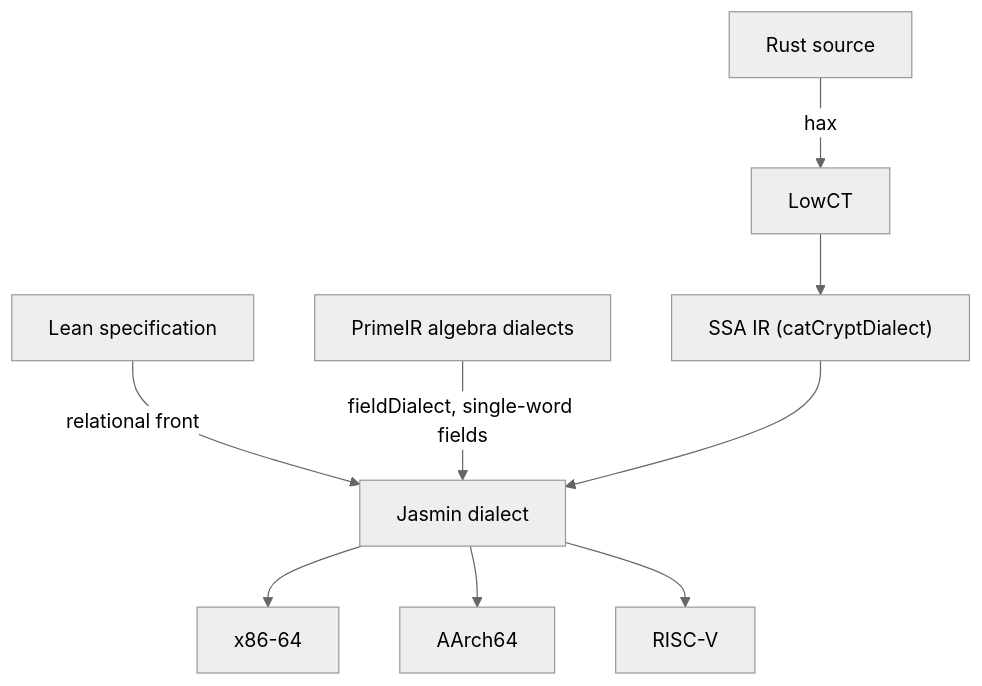
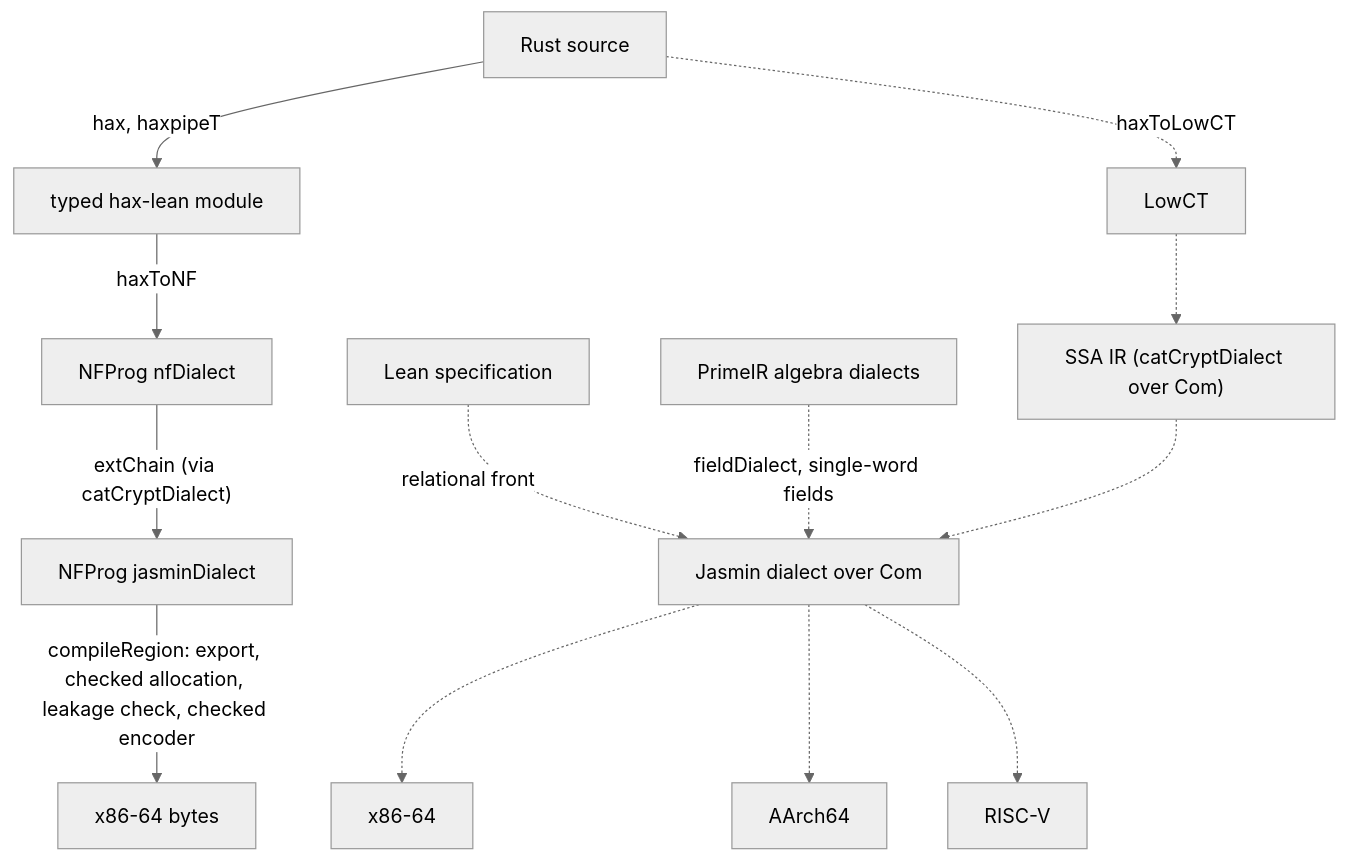
One commit to spitters/catcrypt-compiler changed the diagram in README.md. Above: the diagram before and after it, drawn with Mermaid (neutral theme). The commit also changed other lines of this file and 2 other files, not shown here.

Commit message:
PIPELINE.md: the compile line of haxc with the check and theorem of each stage; README architecture diagram shows compileA beside the dialect tower; CORRECTNESS.md extChain row lists every step [no-golf]

````diff
--- a/README.md
+++ b/README.md
@@ -179,11 +185,15 @@
 ```mermaid
 flowchart TD
-    RUST["Rust source"] -->|hax| LOWCT["LowCT"]
-    SPEC["Lean specification"] -->|relational front| JAS
-    LOWCT --> IR["SSA IR (catCryptDialect)"]
-    ALG["PrimeIR algebra dialects"] -->|fieldDialect, single-word fields| JAS
-    IR --> JAS["Jasmin dialect"]
-    JAS --> X86["x86-64"]
-    JAS --> ARM["AArch64"]
-    JAS --> RV["RISC-V"]
+    RUST["Rust source"] -->|"hax, haxpipeT"| MOD["typed hax-lean module"]
+    MOD -->|"haxToNF"| NF["NFProg nfDialect"]
+    NF -->|"extChain (via catCryptDialect)"| JNF["NFProg jasminDialect"]
+    JNF -->|"compileRegion: export, checked allocation, leakage check, checked encoder"| BYTES["x86-64 bytes"]
+    RUST -.->|"haxToLowCT"| LOWCT["LowCT"]
+    LOWCT -.-> IR["SSA IR (catCryptDialect over Com)"]
+    SPEC["Lean specification"] -.->|relational front| JAS
+    ALG["PrimeIR algebra dialects"] -.->|fieldDialect, single-word fields| JAS
+    IR -.-> JAS["Jasmin dialect over Com"]
+    JAS -.-> X86["x86-64"]
+    JAS -.-> ARM["AArch64"]
+    JAS -.-> RV["RISC-V"]
 ```
````
